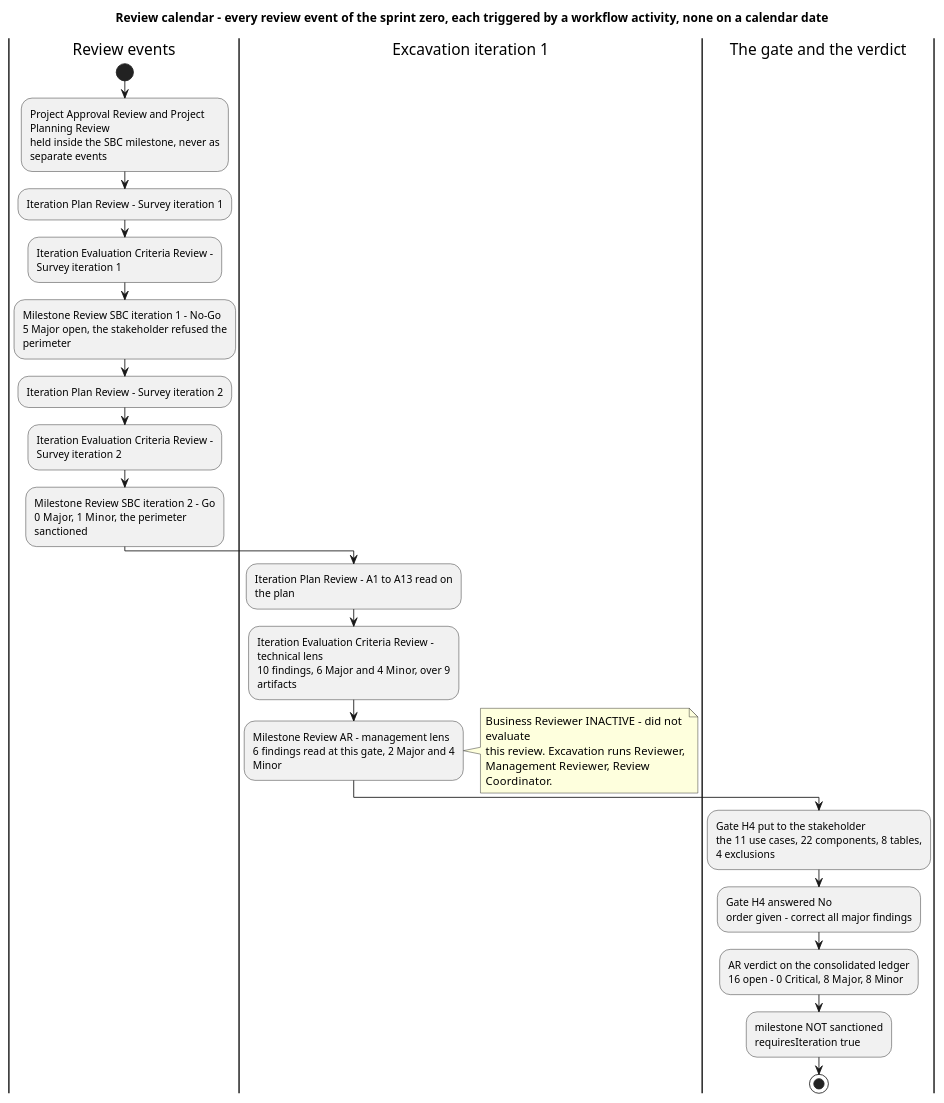
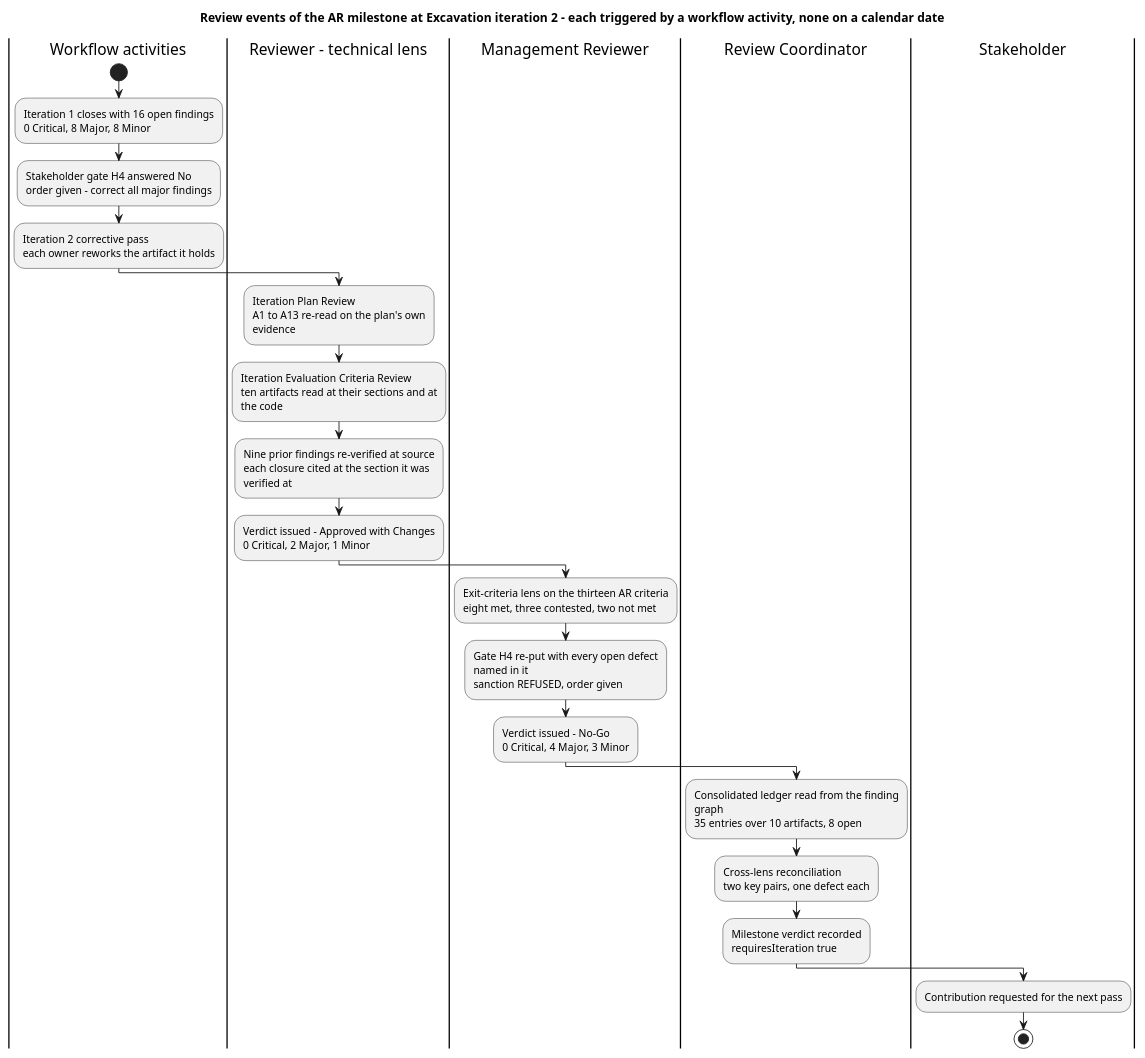
One commit to banense-test/TodoApp changed the second of 10 diagrams in docs/artifacts/project-management/review-record.md. Above: the diagram before and after it, drawn with PlantUML. The commit also changed other lines of this file, not shown here.

Commit message:
Review Coordinator [Excavation2]: upsert Review Record
[skip ci]

````diff
--- a/docs/artifacts/project-management/review-record.md
+++ b/docs/artifacts/project-management/review-record.md
@@ -188,45 +188,48 @@
 ```plantuml
 @startuml
-title Review calendar - every review event of the sprint zero, each triggered by a workflow activity, none on a calendar date
+title Review events of the AR milestone at Excavation iteration 2 - each triggered by a workflow activity, none on a calendar date
 
 skinparam shadowing false
-skinparam wrapWidth 240
+skinparam wrapWidth 245
 
-|Review events|
+|Workflow activities|
 start
-:Project Approval Review and Project Planning Review
-held inside the SBC milestone, never as separate events;
-:Iteration Plan Review - Survey iteration 1;
-:Iteration Evaluation Criteria Review - Survey iteration 1;
-:Milestone Review SBC iteration 1 - No-Go
-5 Major open, the stakeholder refused the perimeter;
-:Iteration Plan Review - Survey iteration 2;
-:Iteration Evaluation Criteria Review - Survey iteration 2;
-:Milestone Review SBC iteration 2 - Go
-0 Major, 1 Minor, the perimeter sanctioned;
+:Iteration 1 closes with 16 open findings
+0 Critical, 8 Major, 8 Minor;
+:Stakeholder gate H4 answered No
+order given - correct all major findings;
+:Iteration 2 corrective pass
+each owner reworks the artifact it holds;
 
-|Excavation iteration 1|
-:Iteration Plan Review - A1 to A13 read on the plan;
-:Iteration Evaluation Criteria Review - technical lens
-10 findings, 6 Major and 4 Minor, over 9 artifacts;
-:Milestone Review AR - management lens
-6 findings read at this gate, 2 Major and 4 Minor;
-note right
-  Business Reviewer INACTIVE - did not evaluate
-  this review. Excavation runs Reviewer,
-  Management Reviewer, Review Coordinator.
-end note
+|Reviewer - technical lens|
+:Iteration Plan Review
+A1 to A13 re-read on the plan's own evidence;
+:Iteration Evaluation Criteria Review
+ten artifacts read at their sections and at the code;
+:Nine prior findings re-verified at source
+each closure cited at the section it was verified at;
+:Verdict issued - Approved with Changes
+0 Critical, 2 Major, 1 Minor;
 
-|The gate and the verdict|
-:Gate H4 put to the stakeholder
-the 11 use cases, 22 components, 8 tables, 4 exclusions;
-:Gate H4 answered No
-order given - correct all major findings;
-:AR verdict on the consolidated ledger
-16 open - 0 Critical, 8 Major, 8 Minor;
-:milestone NOT sanctioned
+|Management Reviewer|
+:Exit-criteria lens on the thirteen AR criteria
+eight met, three contested, two not met;
+:Gate H4 re-put with every open defect named in it
+sanction REFUSED, order given;
+:Verdict issued - No-Go
+0 Critical, 4 Major, 3 Minor;
+
+|Review Coordinator|
+:Consolidated ledger read from the finding graph
+35 entries over 10 artifacts, 8 open;
+:Cross-lens reconciliation
+two key pairs, one defect each;
+:Milestone verdict recorded
 requiresIteration true;
+
+|Stakeholder|
+:Contribution requested for the next pass;
 stop
 
 @enduml
 ```
````
